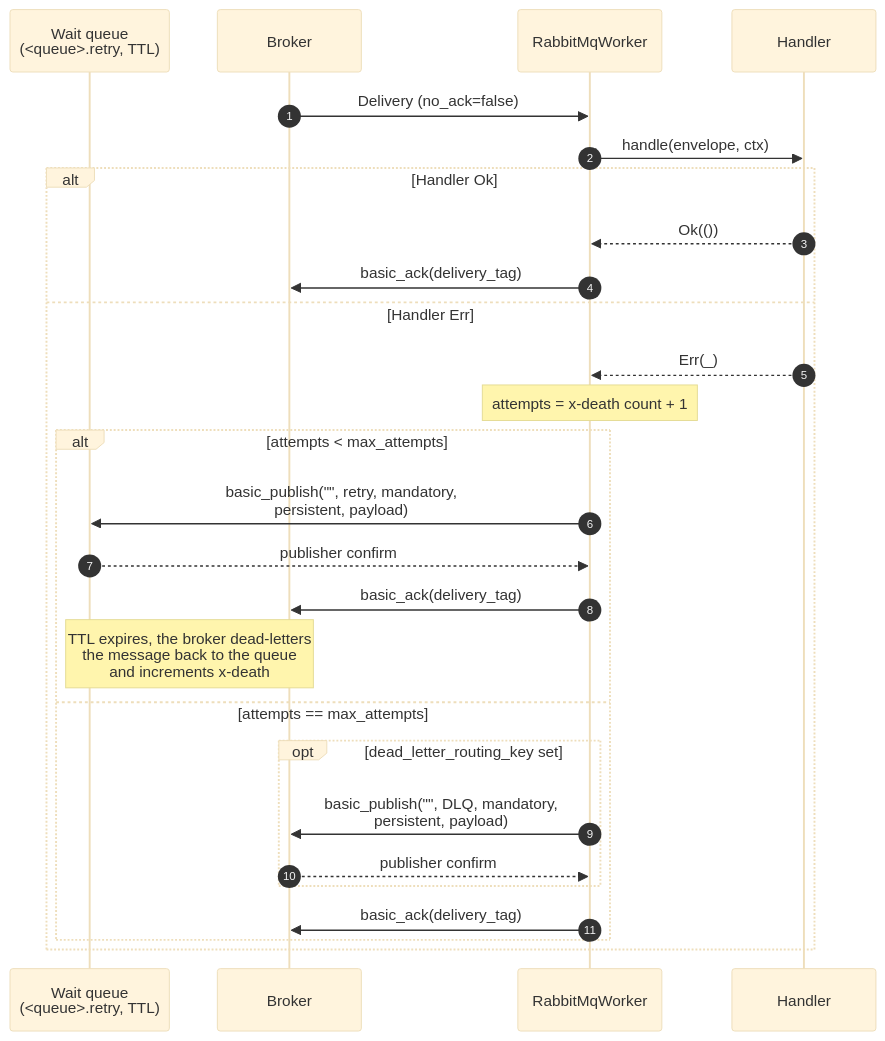
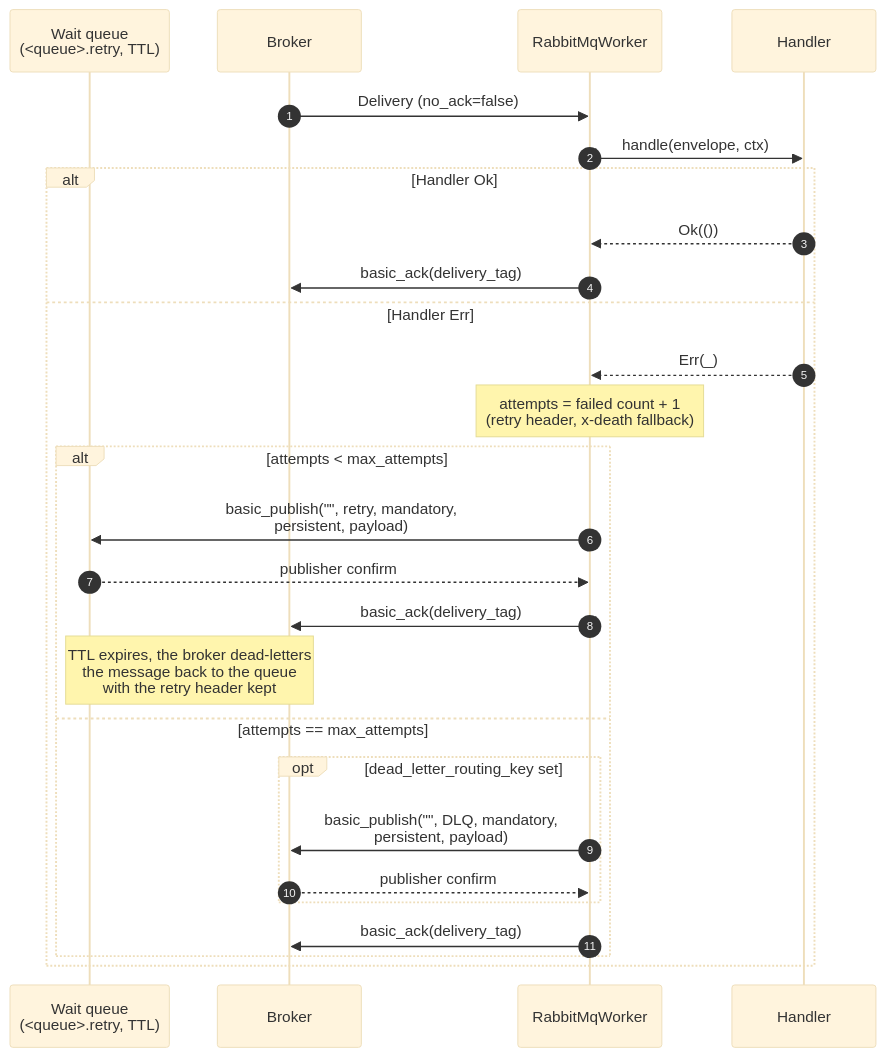
One commit to nubster-opensources/hexeract changed the first of 3 diagrams in docs/concepts/ack-modes.md. Above: the diagram before and after it, drawn with Mermaid (base theme). The commit also changed other lines of this file and 6 other files, not shown here.

Commit message:
docs: describe the worker-owned retry header and the dead-letter replay (#631)

````diff
--- a/docs/concepts/ack-modes.md
+++ b/docs/concepts/ack-modes.md
@@ -15,31 +15,31 @@
 ```mermaid
 sequenceDiagram
     autonumber
     participant WaitQ as Wait queue<br/>(<queue>.retry, TTL)
     participant Broker
     participant Worker as RabbitMqWorker
     participant Handler
 
     Broker->>Worker: Delivery (no_ack=false)
     Worker->>Handler: handle(envelope, ctx)
 
     alt Handler Ok
         Handler-->>Worker: Ok(())
         Worker->>Broker: basic_ack(delivery_tag)
     else Handler Err
         Handler-->>Worker: Err(_)
-        Note over Worker: attempts = x-death count + 1
+        Note over Worker: attempts = failed count + 1<br/>(retry header, x-death fallback)
         alt attempts < max_attempts
             Worker->>WaitQ: basic_publish("", retry, mandatory,<br/>persistent, payload)
             WaitQ-->>Worker: publisher confirm
             Worker->>Broker: basic_ack(delivery_tag)
-            Note over WaitQ,Broker: TTL expires, the broker dead-letters<br/>the message back to the queue<br/>and increments x-death
+            Note over WaitQ,Broker: TTL expires, the broker dead-letters<br/>the message back to the queue<br/>with the retry header kept
         else attempts == max_attempts
             opt dead_letter_routing_key set
                 Worker->>Broker: basic_publish("", DLQ, mandatory,<br/>persistent, payload)
                 Broker-->>Worker: publisher confirm
             end
             Worker->>Broker: basic_ack(delivery_tag)
         end
     end
 ```
````
